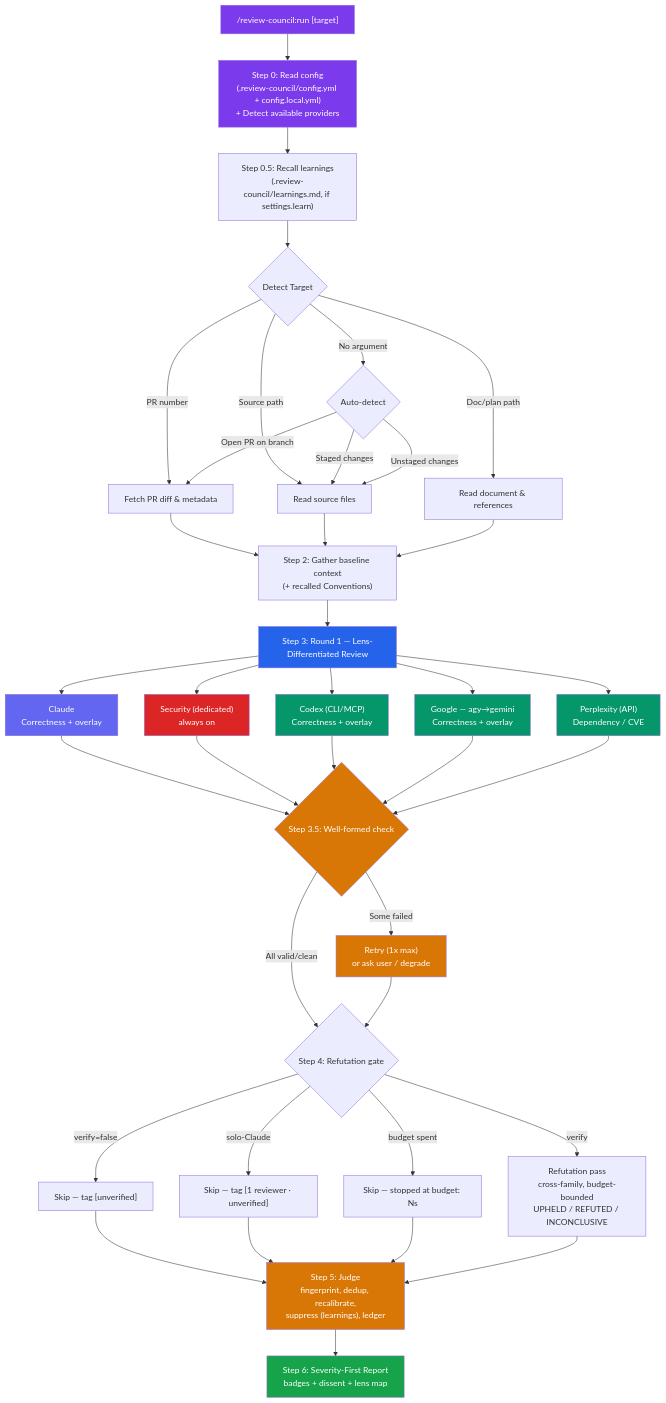
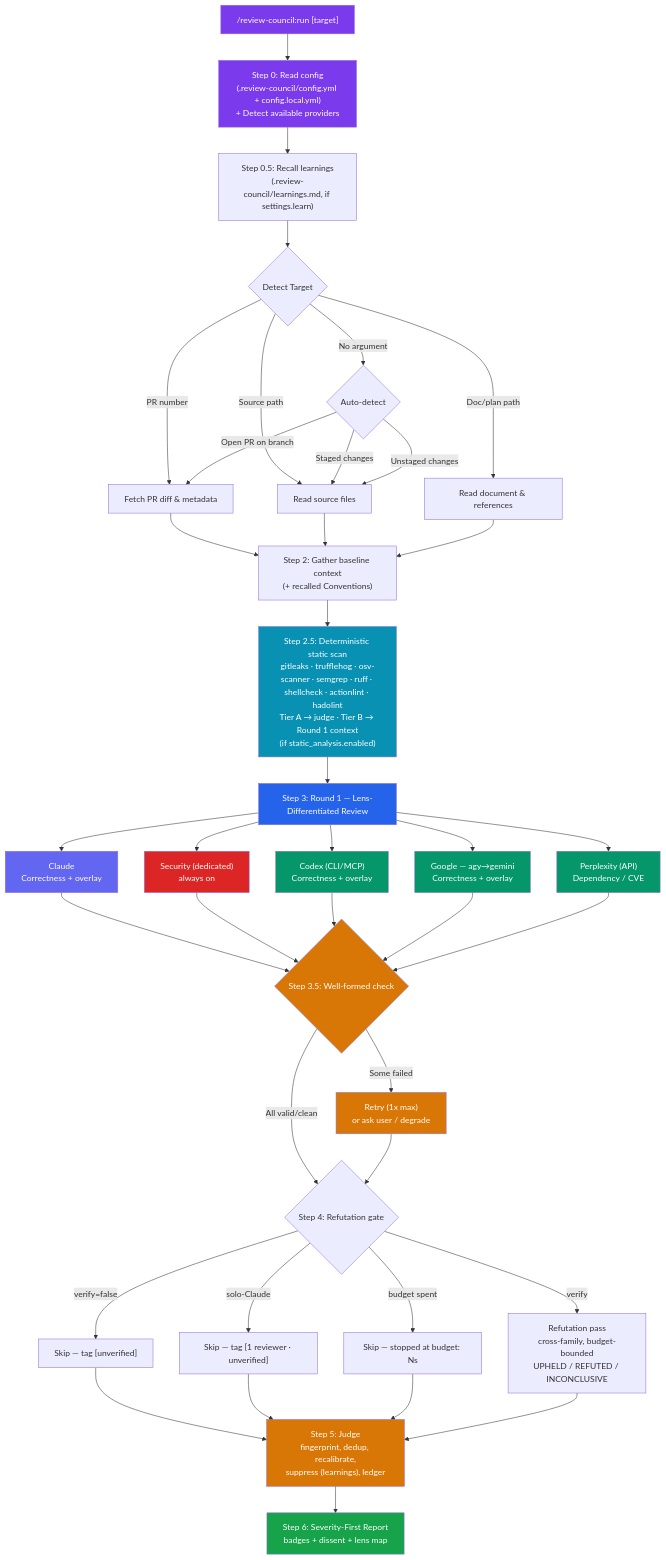
Before and after one commit to deployhq/review-council: the first of 5 diagrams in README.md, drawn with Mermaid. The commit also changed other lines of this file and 6 other files, not shown here.

````diff
--- a/README.md
+++ b/README.md
@@ -36,64 +36,66 @@
 ```mermaid
 flowchart TD
     A["/review-council:run [target]"] --> Z0["Step 0: Read config<br/>(.review-council/config.yml + config.local.yml)<br/>+ Detect available providers"]
     Z0 --> Z05["Step 0.5: Recall learnings<br/>(.review-council/learnings.md, if settings.learn)"]
     Z05 --> B{Detect Target}
 
     B -->|PR number| C["Fetch PR diff & metadata"]
     B -->|Source path| D["Read source files"]
     B -->|Doc/plan path| E["Read document & references"]
     B -->|No argument| F{Auto-detect}
     F -->|Open PR on branch| C
     F -->|Staged changes| D
     F -->|Unstaged changes| D
 
     C --> G["Step 2: Gather baseline context<br/>(+ recalled Conventions)"]
     D --> G
     E --> G
 
-    G --> H["Step 3: Round 1 — Lens-Differentiated Review"]
+    G --> S25["Step 2.5: Deterministic static scan<br/>gitleaks · trufflehog · osv-scanner · semgrep · ruff · shellcheck · actionlint · hadolint<br/>Tier A → judge · Tier B → Round 1 context<br/>(if static_analysis.enabled)"]
+    S25 --> H["Step 3: Round 1 — Lens-Differentiated Review"]
 
     H --> I["Claude<br/>Correctness + overlay"]
     H --> SEC["Security (dedicated)<br/>always on"]
     H --> J["Codex (CLI/MCP)<br/>Correctness + overlay"]
     H --> J2["Google — agy→gemini<br/>Correctness + overlay"]
     H --> J3["Perplexity (API)<br/>Dependency / CVE"]
 
     L{"Step 4: Refutation gate"}
     N["Step 5: Judge<br/>fingerprint, dedup, recalibrate,<br/>suppress (learnings), ledger"]
 
     I --> K2{"Step 3.5: Well-formed check"}
     SEC --> K2
     J --> K2
     J2 --> K2
     J3 --> K2
 
     K2 -->|"All valid/clean"| L
     K2 -->|"Some failed"| K3["Retry (1x max)<br/>or ask user / degrade"]
     K3 --> L
 
     L -->|"verify=false"| M2["Skip — tag [unverified]"]
     L -->|"solo-Claude"| M2b["Skip — tag [1 reviewer · unverified]"]
     L -->|"budget spent"| M3["Skip — stopped at budget: Ns"]
     L -->|"verify"| M["Refutation pass<br/>cross-family, budget-bounded<br/>UPHELD / REFUTED / INCONCLUSIVE"]
 
     M2 --> N
     M2b --> N
     M3 --> N
     M --> N
 
     N --> O["Step 6: Severity-First Report<br/>badges + dissent + lens map"]
 
     style A fill:#7c3aed,color:#fff
     style Z0 fill:#7c3aed,color:#fff
+    style S25 fill:#0891b2,color:#fff
     style H fill:#2563eb,color:#fff
     style I fill:#6366f1,color:#fff
     style SEC fill:#dc2626,color:#fff
     style J fill:#059669,color:#fff
     style J2 fill:#059669,color:#fff
     style J3 fill:#059669,color:#fff
     style N fill:#d97706,color:#fff
     style O fill:#16a34a,color:#fff
     style K2 fill:#d97706,color:#fff
     style K3 fill:#d97706,color:#fff
 ```
````
